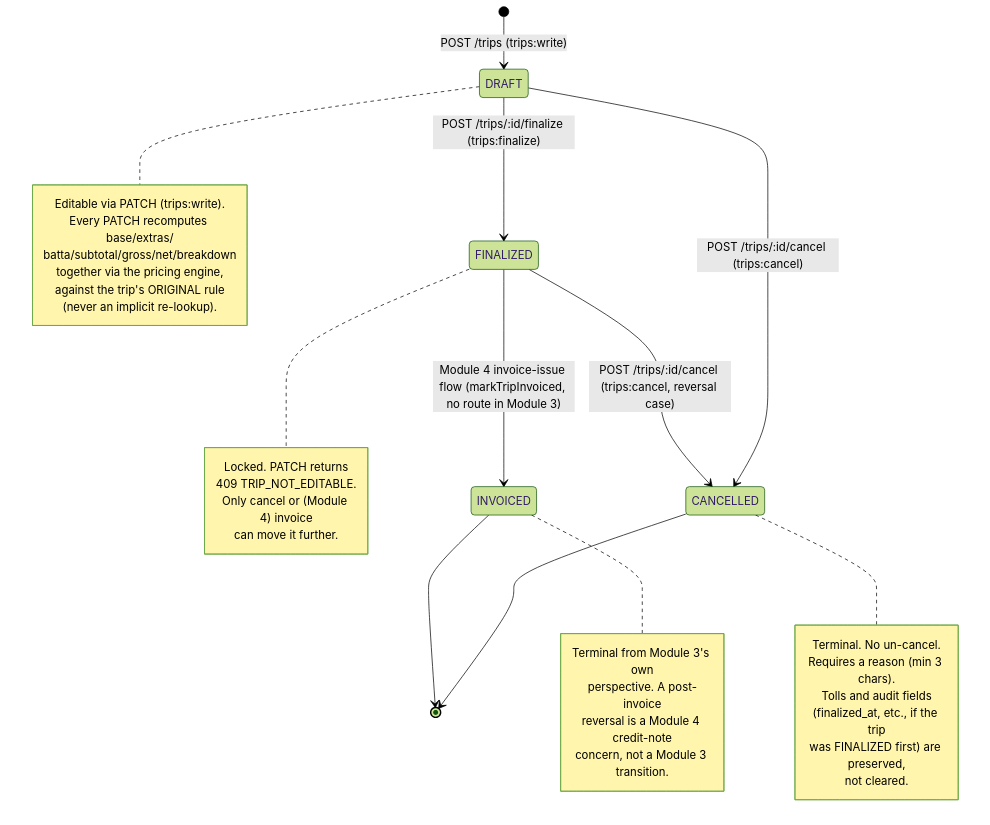
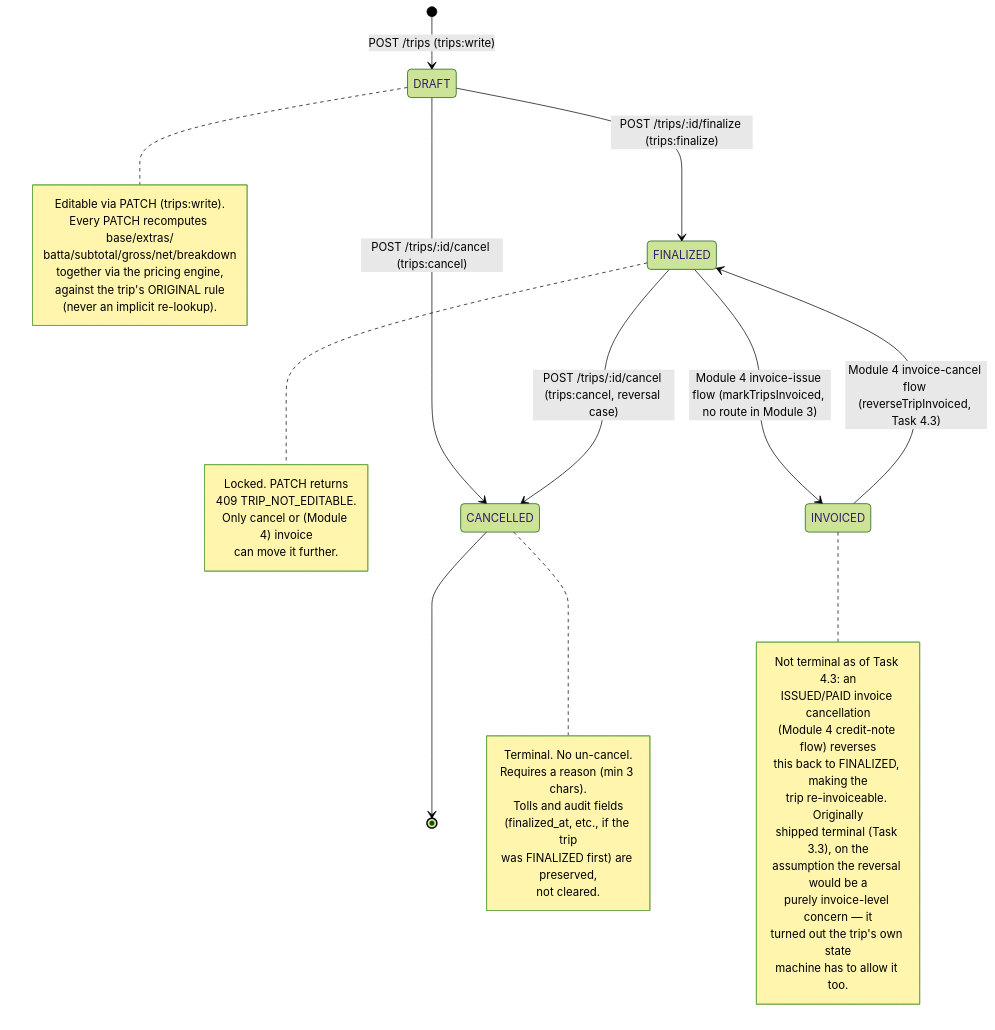
One commit to NAVIUM-AI/billing changed the diagram in billing-backend/docs/modules/module-3-trip-sheets/diagrams/lifecycle-state-machine.md. Above: the diagram before and after it, drawn with Mermaid (forest theme). The commit also changed other lines of this file and 23 other files, not shown here.

Commit message:
feat(invoices): implement invoice lifecycle, numbering, credit-note cancellation, and atomic state transitions (Task 4.3)

````diff
--- a/billing-backend/docs/modules/module-3-trip-sheets/diagrams/lifecycle-state-machine.md
+++ b/billing-backend/docs/modules/module-3-trip-sheets/diagrams/lifecycle-state-machine.md
@@ -7,42 +7,48 @@
 ```mermaid
 stateDiagram-v2
     [*] --> DRAFT: POST /trips (trips:write)
     DRAFT --> FINALIZED: POST /trips/:id/finalize (trips:finalize)
     DRAFT --> CANCELLED: POST /trips/:id/cancel (trips:cancel)
-    FINALIZED --> INVOICED: Module 4 invoice-issue flow (markTripInvoiced, no route in Module 3)
+    FINALIZED --> INVOICED: Module 4 invoice-issue flow (markTripsInvoiced, no route in Module 3)
     FINALIZED --> CANCELLED: POST /trips/:id/cancel (trips:cancel, reversal case)
+    INVOICED --> FINALIZED: Module 4 invoice-cancel flow (reverseTripInvoiced, Task 4.3)
     CANCELLED --> [*]
-    INVOICED --> [*]
 
     note right of DRAFT
         Editable via PATCH (trips:write).
         Every PATCH recomputes base/extras/
         batta/subtotal/gross/net/breakdown
         together via the pricing engine,
         against the trip's ORIGINAL rule
         (never an implicit re-lookup).
     end note
 
     note right of FINALIZED
         Locked. PATCH returns
         409 TRIP_NOT_EDITABLE.
         Only cancel or (Module 4) invoice
         can move it further.
     end note
 
     note right of CANCELLED
         Terminal. No un-cancel.
         Requires a reason (min 3 chars).
         Tolls and audit fields
         (finalized_at, etc., if the trip
         was FINALIZED first) are preserved,
         not cleared.
     end note
 
     note right of INVOICED
-        Terminal from Module 3's own
-        perspective. A post-invoice
-        reversal is a Module 4 credit-note
-        concern, not a Module 3 transition.
+        Not terminal as of Task 4.3: an
+        ISSUED/PAID invoice cancellation
+        (Module 4 credit-note flow) reverses
+        this back to FINALIZED, making the
+        trip re-invoiceable. Originally
+        shipped terminal (Task 3.3), on the
+        assumption the reversal would be a
+        purely invoice-level concern — it
+        turned out the trip's own state
+        machine has to allow it too.
     end note
 ```
````
